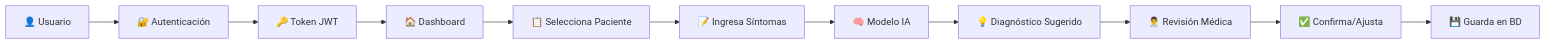
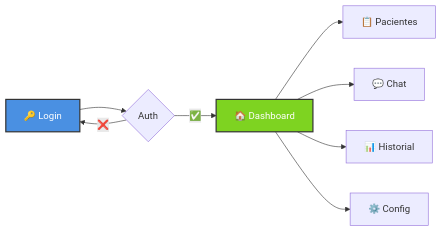
The second of 6 diagrams in README.md (dIAgnoseTeam/dIAgnose), drawn with Mermaid before and after one commit. The commit also changed other lines of this file, not shown here.

````diff
--- a/README.md
+++ b/README.md
@@ -154,13 +80,13 @@
 ```mermaid
 graph LR
-    A[👤 Usuario] --> B[🔐 Autenticación]
-    B --> C[🔑 Token JWT]
-    C --> D[🏠 Dashboard]
-    D --> E[📋 Selecciona Paciente]
-    E --> F[📝 Ingresa Síntomas]
-    F --> G[🧠 Modelo IA]
-    G --> H[💡 Diagnóstico Sugerido]
-    H --> I[👨‍⚕️ Revisión Médica]
-    I --> J[✅ Confirma/Ajusta]
-    J --> K[💾 Guarda en BD]
+    A[🔑 Login] --> B{Auth}
+    B -->|✅| C[🏠 Dashboard]
+    B -->|❌| A
+    C --> D[📋 Pacientes]
+    C --> E[💬 Chat]
+    C --> F[📊 Historial]
+    C --> G[⚙️ Config]
+    
+    style A fill:#4A90E2,stroke:#333,stroke-width:2px,color:#fff
+    style C fill:#7ED321,stroke:#333,stroke-width:2px,color:#fff
 ```
````
